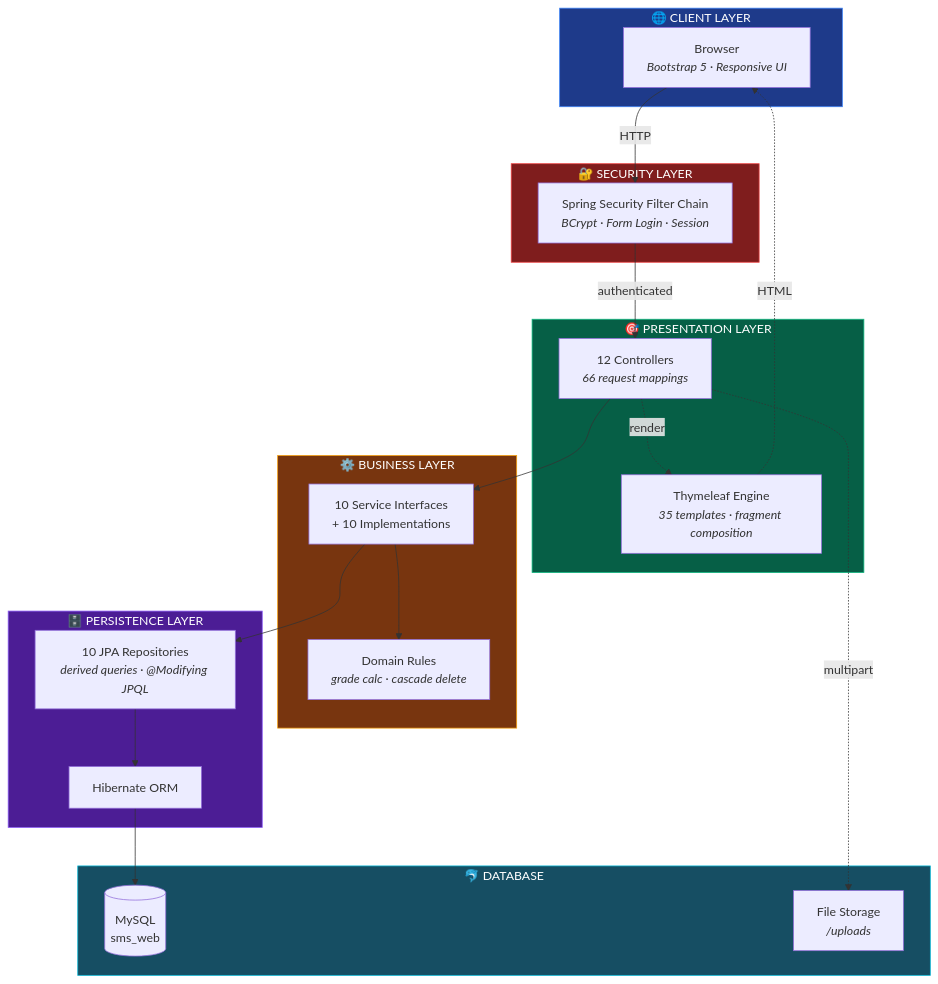
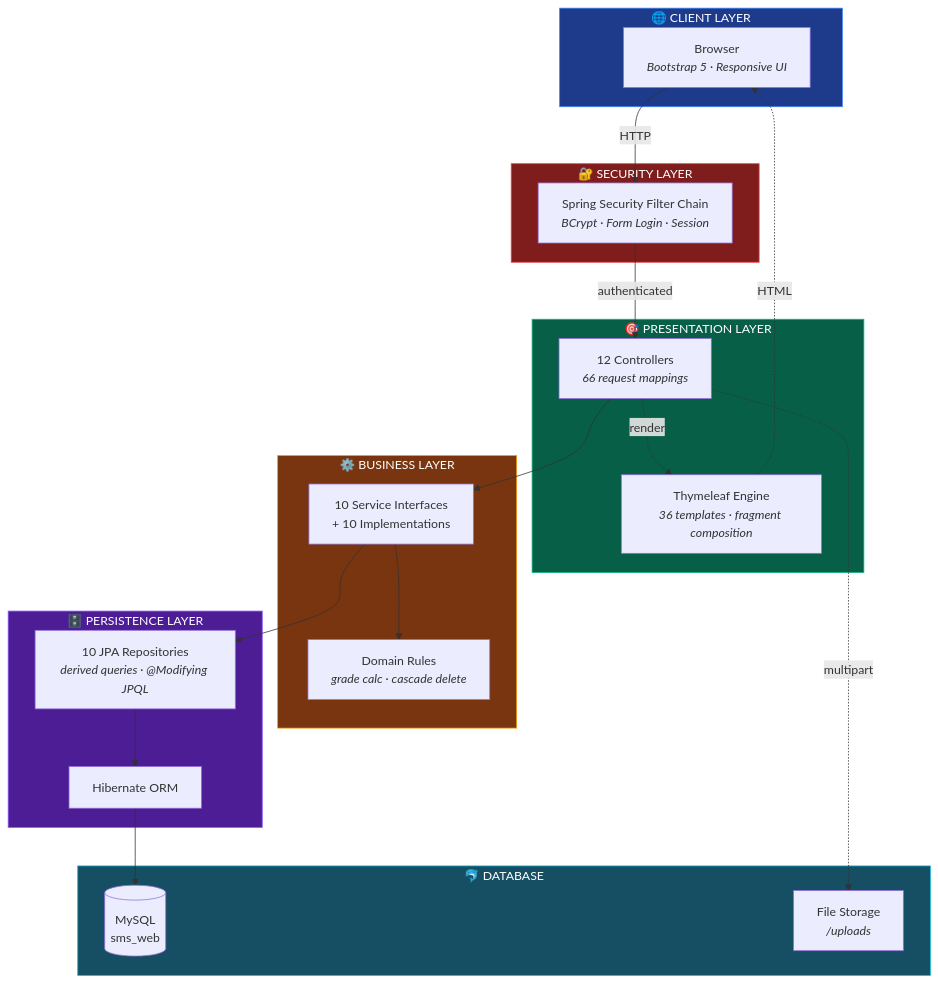
The first of 5 diagrams in PROJECT_ROADMAP.md (anurag-joshi-1403/StudentManagementSystem), drawn with Mermaid before and after one commit. The commit also changed other lines of this file, not shown here.

Commit message:
update PROJECT_ROADMAP.md with new metrics and verification date

````diff
--- a/PROJECT_ROADMAP.md
+++ b/PROJECT_ROADMAP.md
@@ -114,48 +114,48 @@
 ```mermaid
 flowchart TD
     subgraph CL["🌐 CLIENT LAYER"]
         BR["Browser<br/><i>Bootstrap 5 · Responsive UI</i>"]
     end
 
     subgraph SEC["🔐 SECURITY LAYER"]
         SF["Spring Security Filter Chain<br/><i>BCrypt · Form Login · Session</i>"]
     end
 
     subgraph WEB["🎯 PRESENTATION LAYER"]
         CT["12 Controllers<br/><i>66 request mappings</i>"]
-        TH["Thymeleaf Engine<br/><i>35 templates · fragment composition</i>"]
+        TH["Thymeleaf Engine<br/><i>36 templates · fragment composition</i>"]
     end
 
     subgraph BIZ["⚙️ BUSINESS LAYER"]
         SV["10 Service Interfaces<br/>+ 10 Implementations"]
         RL["Domain Rules<br/><i>grade calc · cascade delete</i>"]
     end
 
     subgraph DAT["🗄️ PERSISTENCE LAYER"]
         RP["10 JPA Repositories<br/><i>derived queries · @Modifying JPQL</i>"]
         HB["Hibernate ORM"]
     end
 
     subgraph DB["🐬 DATABASE"]
         MY[("MySQL<br/>sms_web")]
         FS["File Storage<br/><i>/uploads</i>"]
     end
 
     BR -->|HTTP| SF
     SF -->|authenticated| CT
     CT --> SV
     CT -.->|render| TH
     TH -.->|HTML| BR
     SV --> RL
     SV --> RP
     RP --> HB
     HB --> MY
     CT -.->|multipart| FS
 
     style CL fill:#1e3a8a,stroke:#3b82f6,color:#fff
     style SEC fill:#7f1d1d,stroke:#ef4444,color:#fff
     style WEB fill:#065f46,stroke:#10b981,color:#fff
     style BIZ fill:#78350f,stroke:#f59e0b,color:#fff
     style DAT fill:#4c1d95,stroke:#8b5cf6,color:#fff
     style DB fill:#164e63,stroke:#06b6d4,color:#fff
 ```
````
